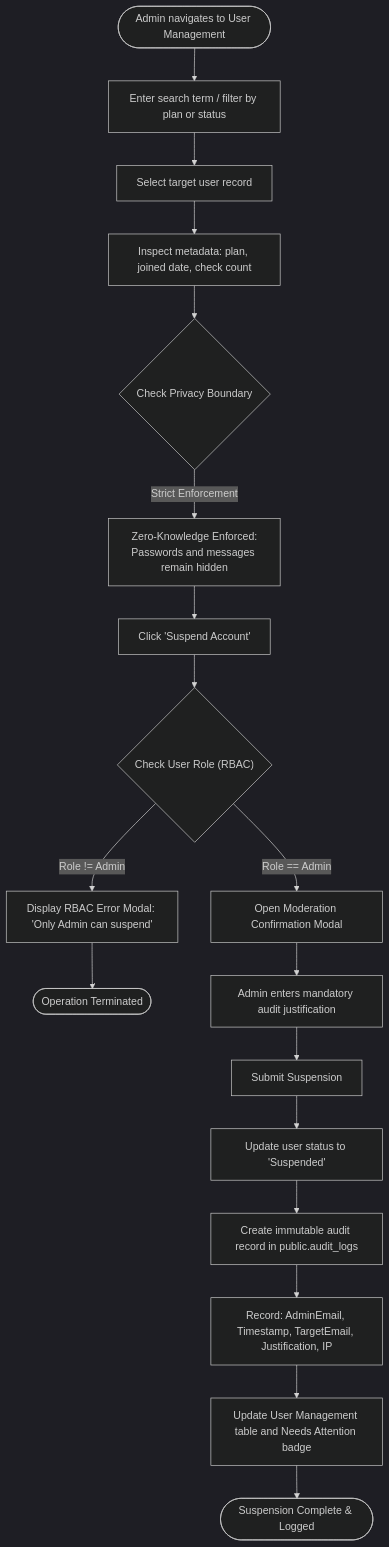
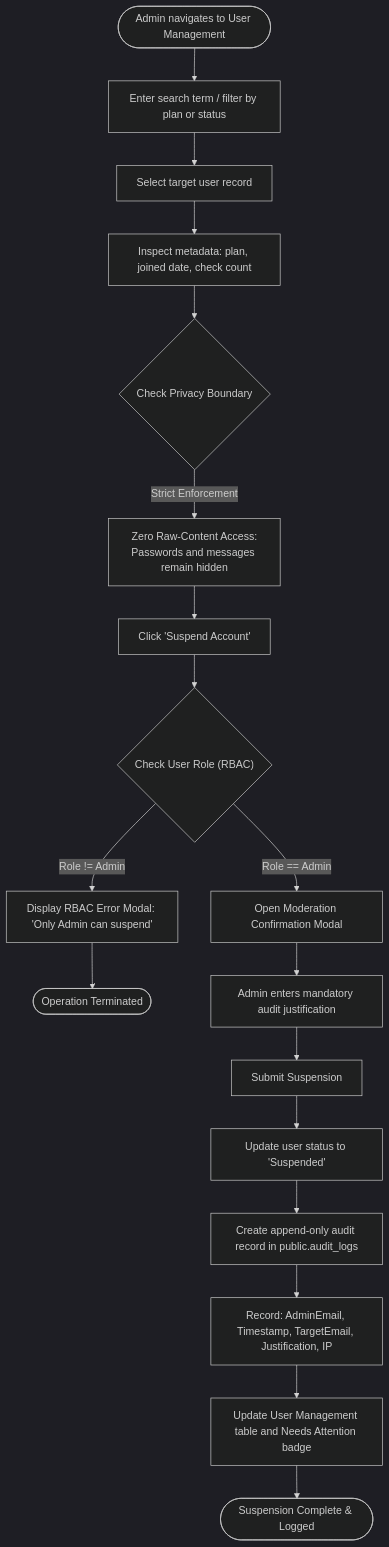
Before and after one commit to Bytebrigade-devs/scamshield: the second of 4 diagrams in docs/M5-UML-DIAGRAMS.md, drawn with Mermaid (dark theme). The commit also changed other lines of this file and 20 other files, not shown here.

````diff
--- a/docs/M5-UML-DIAGRAMS.md
+++ b/docs/M5-UML-DIAGRAMS.md
@@ -66,24 +66,24 @@
 ```mermaid
 flowchart TD
     Start([Admin navigates to User Management]) --> SearchUser[Enter search term / filter by plan or status]
     SearchUser --> SelectUser[Select target user record]
     SelectUser --> InspectProfile[Inspect metadata: plan, joined date, check count]
     InspectProfile --> CheckZeroKnowledge{"Check Privacy Boundary"}
-    CheckZeroKnowledge -->|Strict Enforcement| ShieldVault["Zero-Knowledge Enforced:<br/>Passwords and messages remain hidden"]
+    CheckZeroKnowledge -->|Strict Enforcement| ShieldVault["Zero Raw-Content Access:<br/>Passwords and messages remain hidden"]
     
     ShieldVault --> ClickSuspend[Click 'Suspend Account']
     ClickSuspend --> CheckRole{"Check User Role (RBAC)"}
     
     CheckRole -->|Role != Admin| AccessDenied[Display RBAC Error Modal: 'Only Admin can suspend']
     AccessDenied --> EndFailure([Operation Terminated])
     
     CheckRole -->|Role == Admin| OpenModal[Open Moderation Confirmation Modal]
     OpenModal --> InputReason[Admin enters mandatory audit justification]
     InputReason --> SubmitAction[Submit Suspension]
     
     SubmitAction --> UpdateDB[Update user status to 'Suspended']
-    UpdateDB --> CreateAudit[Create immutable audit record in public.audit_logs]
+    UpdateDB --> CreateAudit[Create append-only audit record in public.audit_logs]
     CreateAudit --> StampMetadata[Record: AdminEmail, Timestamp, TargetEmail, Justification, IP]
     StampMetadata --> RefreshUI[Update User Management table and Needs Attention badge]
     RefreshUI --> EndSuccess([Suspension Complete & Logged])
 ```
````
